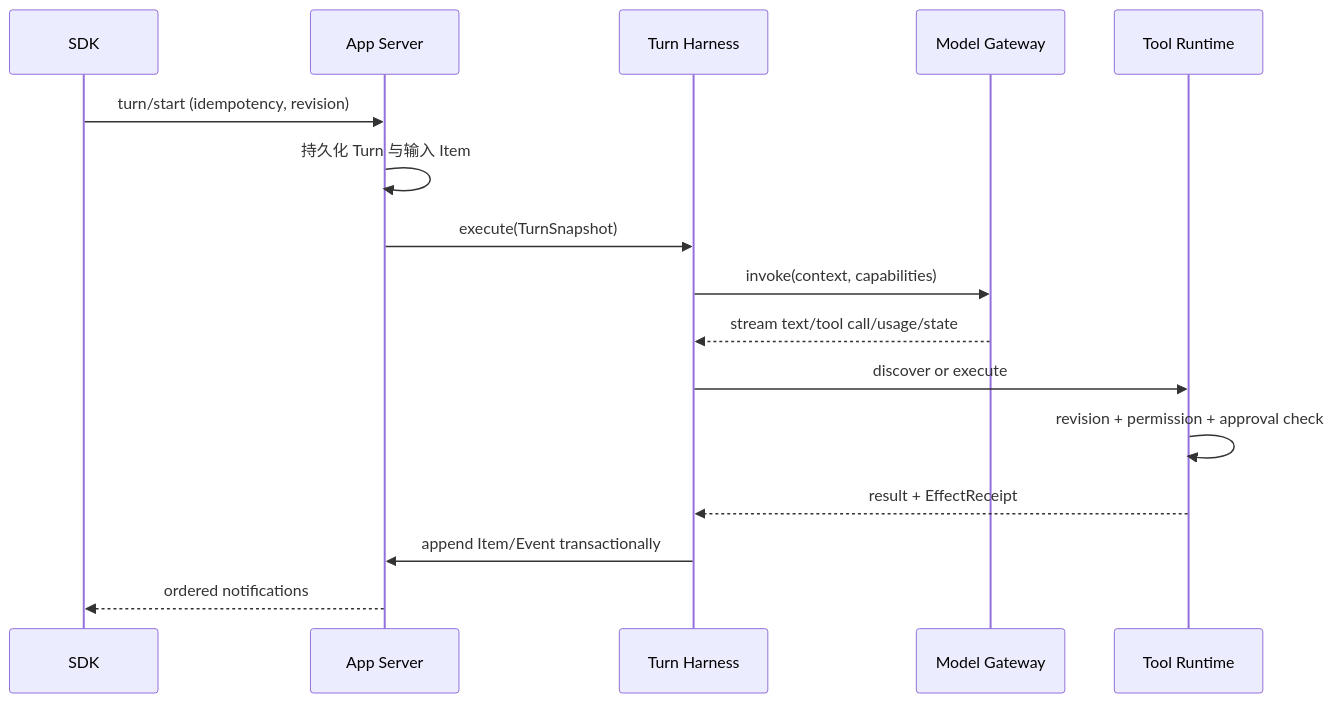
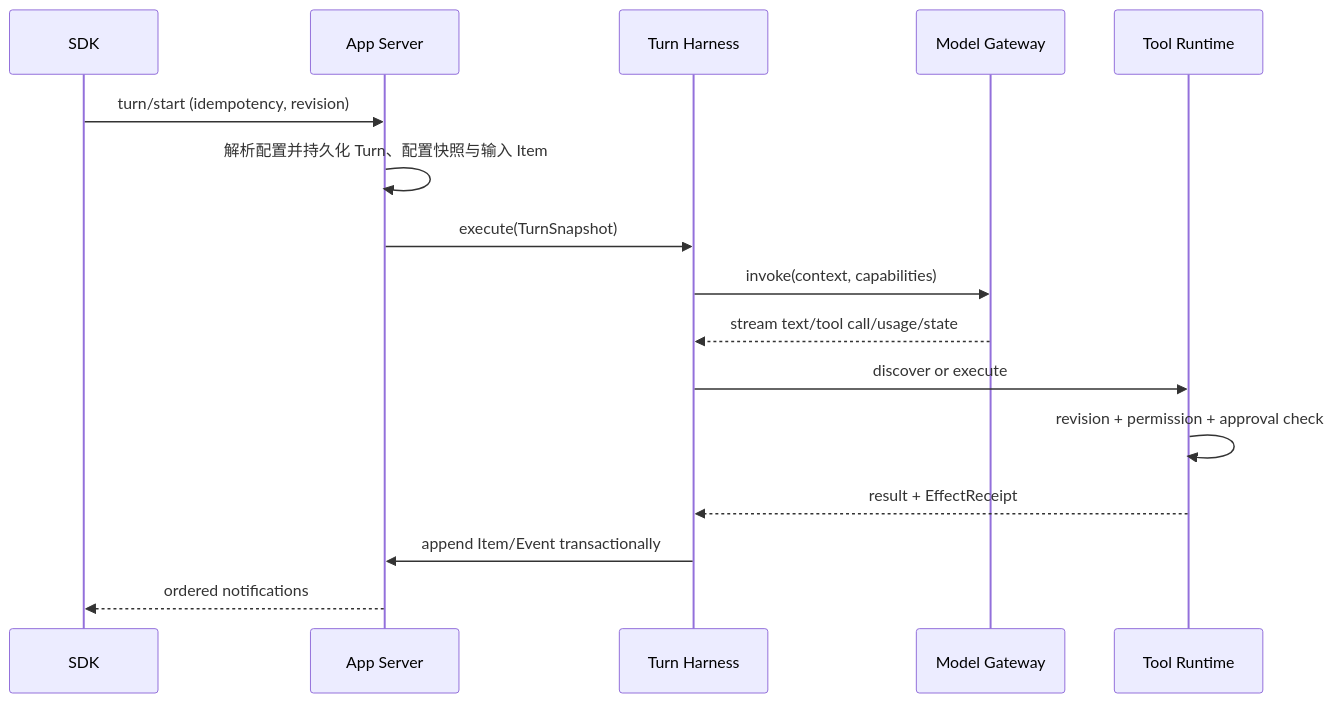
Before and after one commit to CogniCodeGen/JavaClaw: the second of 2 diagrams in docs/architecture/README.md, drawn with Mermaid. The commit also changed other lines of this file and 1199 other files, not shown here.

````diff
--- a/docs/architecture/README.md
+++ b/docs/architecture/README.md
@@ -40,18 +41,18 @@
 ```mermaid
 sequenceDiagram
     participant C as SDK
     participant S as App Server
     participant H as Turn Harness
     participant M as Model Gateway
     participant T as Tool Runtime
     C->>S: turn/start (idempotency, revision)
-    S->>S: 持久化 Turn 与输入 Item
+    S->>S: 解析配置并持久化 Turn、配置快照与输入 Item
     S->>H: execute(TurnSnapshot)
     H->>M: invoke(context, capabilities)
     M-->>H: stream text/tool call/usage/state
     H->>T: discover or execute
     T->>T: revision + permission + approval check
     T-->>H: result + EffectReceipt
     H->>S: append Item/Event transactionally
     S-->>C: ordered notifications
 ```
````
